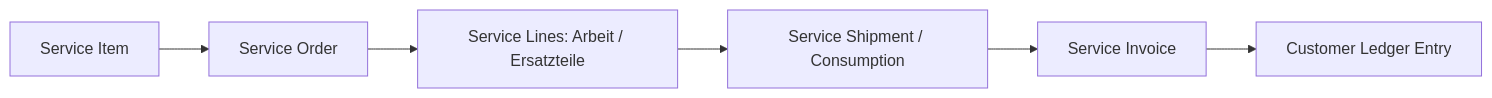
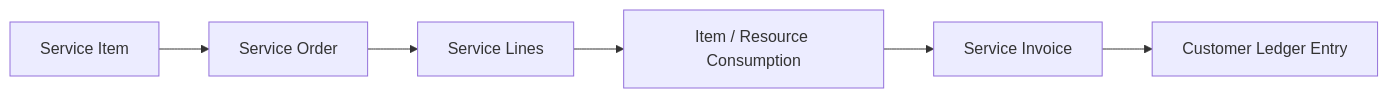
Before and after one commit to sivla/FiBu: the seventh of 10 diagrams in FiBu_Buch_BC_Standardprozesse_DE_Master_Blueprint.md, drawn with Mermaid. The commit also changed other lines of this file and 2 other files, not shown here.

````diff
--- a/FiBu_Buch_BC_Standardprozesse_DE_Master_Blueprint.md
+++ b/FiBu_Buch_BC_Standardprozesse_DE_Master_Blueprint.md
@@ -389,8 +568,8 @@
 ```mermaid
 flowchart LR
     A["Service Item"] --> B["Service Order"]
-    B --> C["Service Lines: Arbeit / Ersatzteile"]
-    C --> D["Service Shipment / Consumption"]
+    B --> C["Service Lines"]
+    C --> D["Item / Resource Consumption"]
     D --> E["Service Invoice"]
     E --> F["Customer Ledger Entry"]
 ```
````
